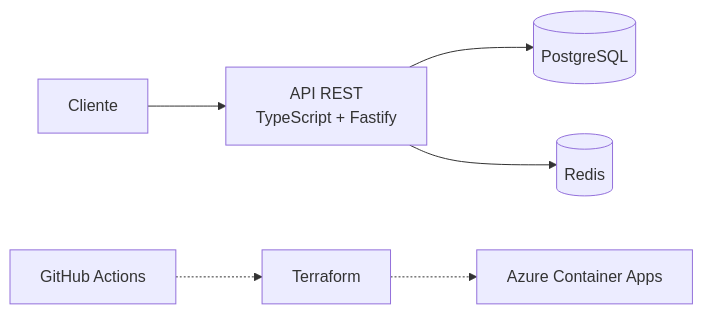
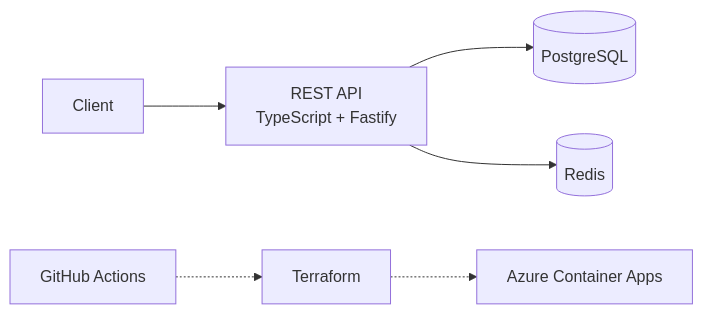
The second of 3 diagrams in README.md (sebro08/sebro08), drawn with Mermaid before and after one commit. The commit also changed other lines of this file and 6 other files, not shown here.

````diff
--- a/README.md
+++ b/README.md
@@ -52,8 +58,8 @@
 ```mermaid
 flowchart LR
-    U[Cliente] --> API[API REST<br/>TypeScript + Fastify]
+    U[Client] --> API[REST API<br/>TypeScript + Fastify]
     API --> PG[(PostgreSQL)]
     API --> RD[(Redis)]
     GH[GitHub Actions] -.-> TF[Terraform]
     TF -.-> AZ[Azure Container Apps]
 ```
````
